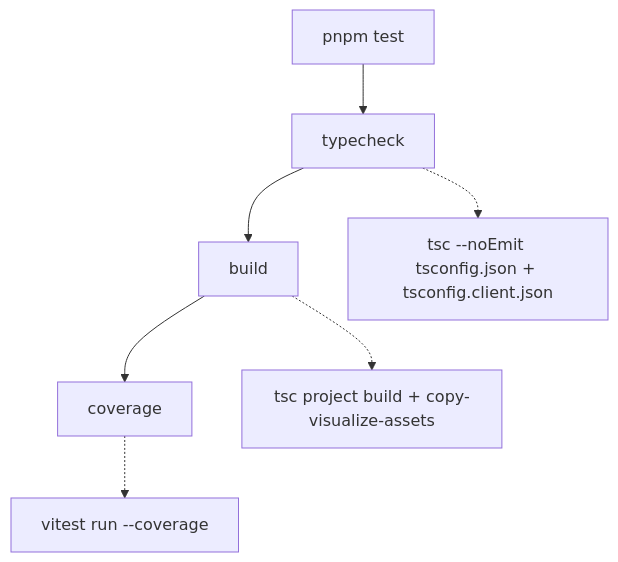
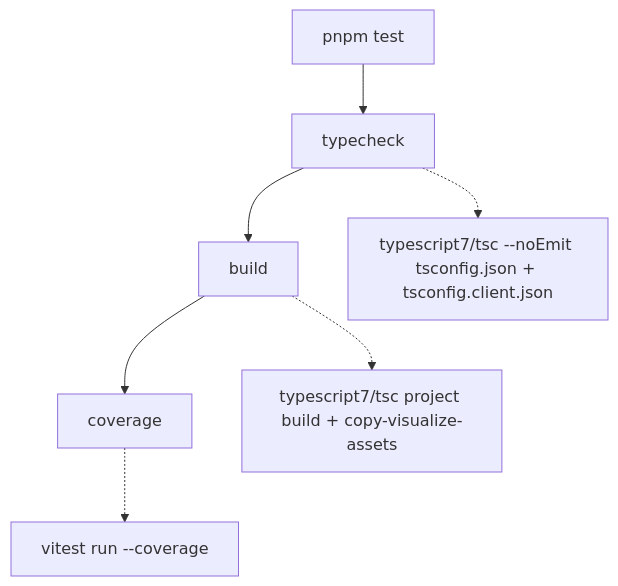
The first of 2 diagrams in openwiki/testing/overview.md (langchain-ai/openwiki), drawn with Mermaid before and after one commit. The commit also changed other lines of this file and 11 other files, not shown here.

````diff
--- a/openwiki/testing/overview.md
+++ b/openwiki/testing/overview.md
@@ -183,9 +195,9 @@
 ```mermaid
 flowchart TD
   A["pnpm test"] --> B["typecheck"]
   B --> C["build"]
   C --> D["coverage"]
-  B -.-> B1["tsc --noEmit tsconfig.json + tsconfig.client.json"]
-  C -.-> C1["tsc project build + copy-visualize-assets"]
+  B -.-> B1["typescript7/tsc --noEmit tsconfig.json + tsconfig.client.json"]
+  C -.-> C1["typescript7/tsc project build + copy-visualize-assets"]
   D -.-> D1["vitest run --coverage"]
 ```
````
